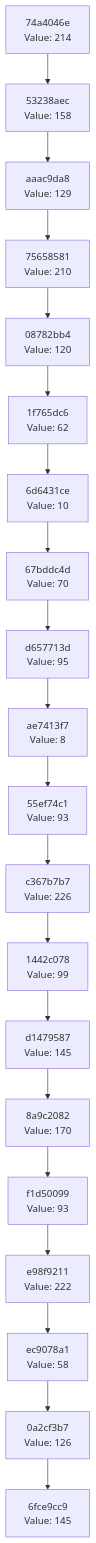
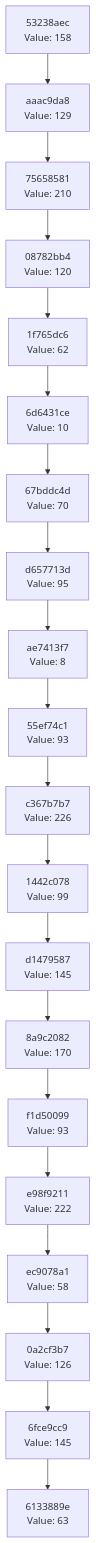
The diagram in docs/CHAIN_VISUALIZATION.md (Abhisheksinha1506/hash-chain-evolver), drawn with Mermaid before and after one commit. The commit also changed 3 other files, not shown here.

````diff
--- a/docs/CHAIN_VISUALIZATION.md
+++ b/docs/CHAIN_VISUALIZATION.md
@@ -3,42 +3,42 @@
 ```mermaid
 graph TD
-    C0["6fce9cc9<br/>Value: 145"]
-    C1["0a2cf3b7<br/>Value: 126"]
+    C0["6133889e<br/>Value: 63"]
+    C1["6fce9cc9<br/>Value: 145"]
     C1 --> C0
-    C2["ec9078a1<br/>Value: 58"]
+    C2["0a2cf3b7<br/>Value: 126"]
     C2 --> C1
-    C3["e98f9211<br/>Value: 222"]
+    C3["ec9078a1<br/>Value: 58"]
     C3 --> C2
-    C4["f1d50099<br/>Value: 93"]
+    C4["e98f9211<br/>Value: 222"]
     C4 --> C3
-    C5["8a9c2082<br/>Value: 170"]
+    C5["f1d50099<br/>Value: 93"]
     C5 --> C4
-    C6["d1479587<br/>Value: 145"]
+    C6["8a9c2082<br/>Value: 170"]
     C6 --> C5
-    C7["1442c078<br/>Value: 99"]
+    C7["d1479587<br/>Value: 145"]
     C7 --> C6
-    C8["c367b7b7<br/>Value: 226"]
+    C8["1442c078<br/>Value: 99"]
     C8 --> C7
-    C9["55ef74c1<br/>Value: 93"]
+    C9["c367b7b7<br/>Value: 226"]
     C9 --> C8
-    C10["ae7413f7<br/>Value: 8"]
+    C10["55ef74c1<br/>Value: 93"]
     C10 --> C9
-    C11["d657713d<br/>Value: 95"]
+    C11["ae7413f7<br/>Value: 8"]
     C11 --> C10
-    C12["67bddc4d<br/>Value: 70"]
+    C12["d657713d<br/>Value: 95"]
     C12 --> C11
-    C13["6d6431ce<br/>Value: 10"]
+    C13["67bddc4d<br/>Value: 70"]
     C13 --> C12
-    C14["1f765dc6<br/>Value: 62"]
+    C14["6d6431ce<br/>Value: 10"]
     C14 --> C13
-    C15["08782bb4<br/>Value: 120"]
+    C15["1f765dc6<br/>Value: 62"]
     C15 --> C14
-    C16["75658581<br/>Value: 210"]
+    C16["08782bb4<br/>Value: 120"]
     C16 --> C15
-    C17["aaac9da8<br/>Value: 129"]
+    C17["75658581<br/>Value: 210"]
     C17 --> C16
-    C18["53238aec<br/>Value: 158"]
+    C18["aaac9da8<br/>Value: 129"]
     C18 --> C17
-    C19["74a4046e<br/>Value: 214"]
+    C19["53238aec<br/>Value: 158"]
     C19 --> C18
 ```
````
